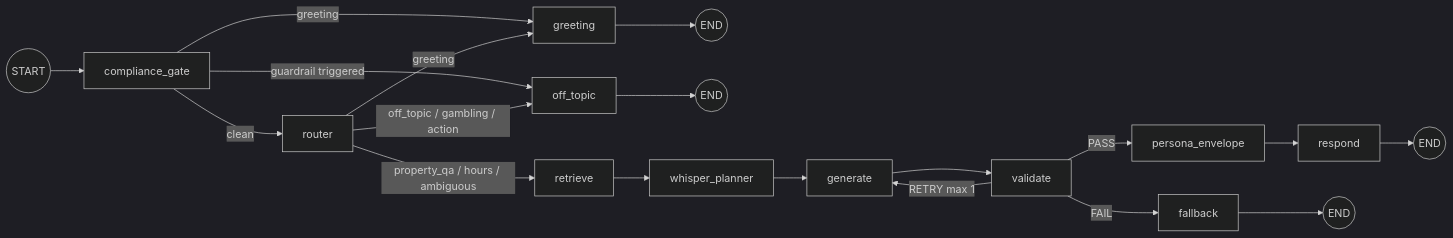
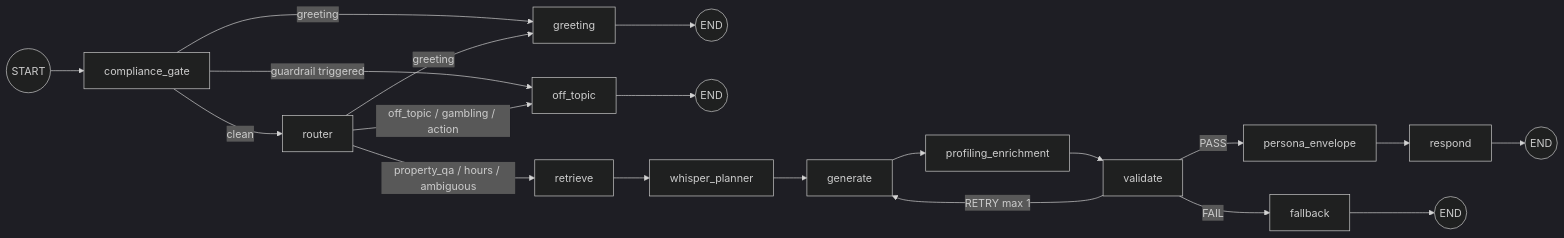
Before and after one commit to Oded-Ben-Yair/hey-seven: the diagram in ARCHITECTURE.md, drawn with Mermaid (dark theme). The commit also changed other lines of this file and 38 other files, not shown here.

````diff
--- a/ARCHITECTURE.md
+++ b/ARCHITECTURE.md
@@ -43,17 +43,18 @@
 ```mermaid
 graph LR
     START((START)) --> compliance_gate
     compliance_gate -->|greeting| greeting --> END1((END))
     compliance_gate -->|guardrail triggered| off_topic --> END2((END))
     compliance_gate -->|clean| router
     router -->|greeting| greeting
     router -->|off_topic / gambling / action| off_topic
     router -->|property_qa / hours / ambiguous| retrieve
     retrieve --> whisper_planner
     whisper_planner --> generate
-    generate --> validate
+    generate --> profiling_enrichment
+    profiling_enrichment --> validate
     validate -->|PASS| persona_envelope
     persona_envelope --> respond --> END3((END))
     validate -->|RETRY max 1| generate
     validate -->|FAIL| fallback --> END4((END))
 ```
````
